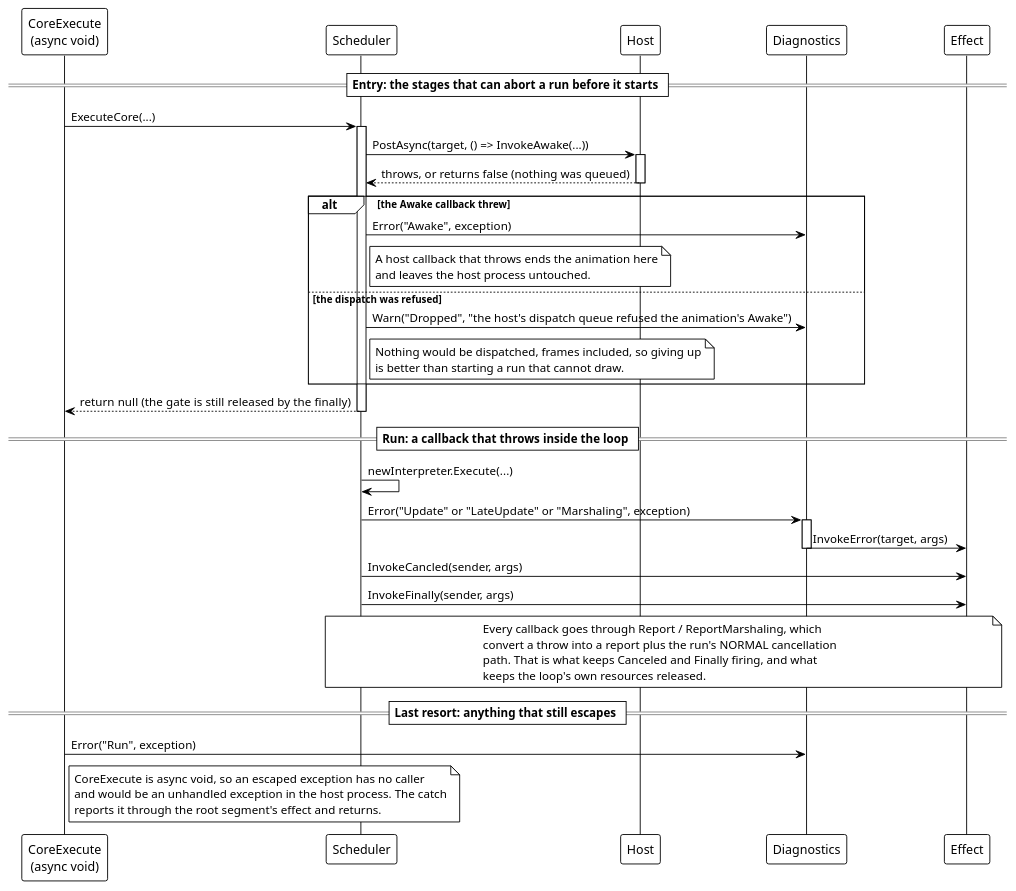
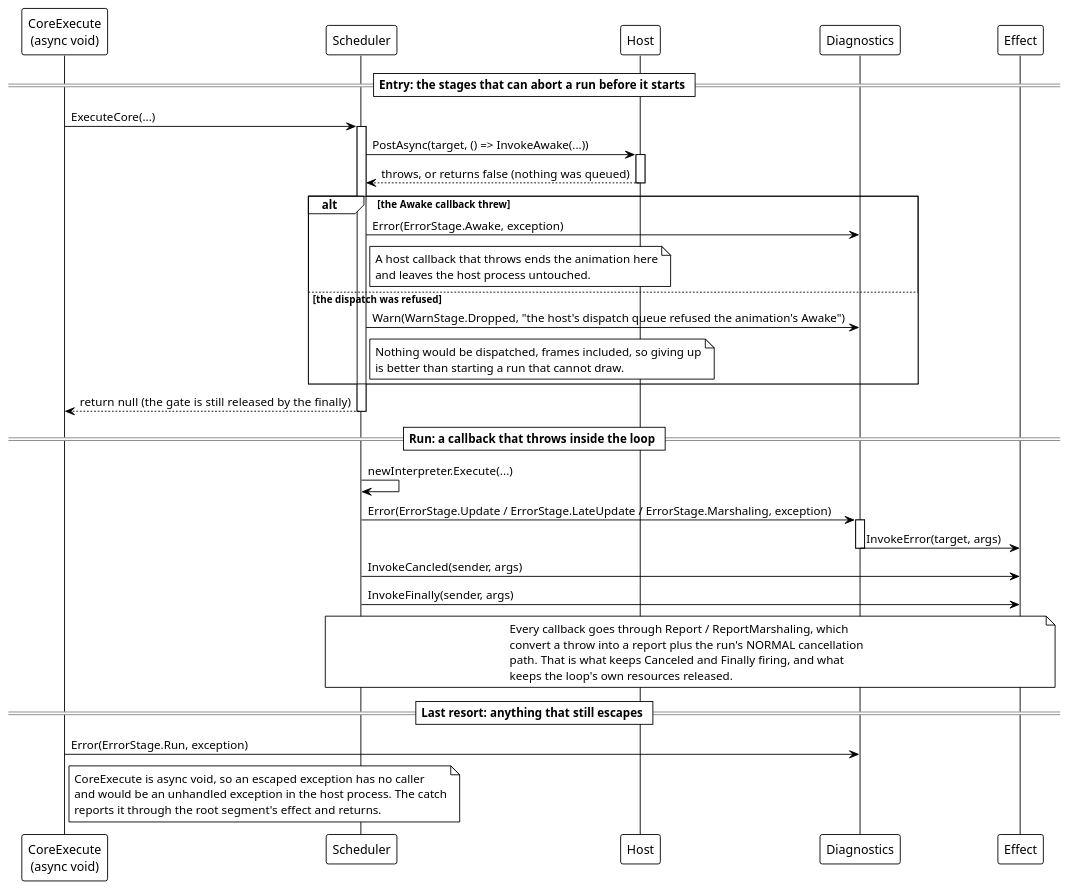
The second of 2 diagrams in src/CloudGlyph/Assets/Docs/content/en/3_SE_Analysis/03_data-flow/03_transition/02_error-path/index.md (Axvser/VeloxDev.Docs), drawn with PlantUML before and after one commit. The commit also changed other lines of this file and 78 other files, not shown here.

````diff
--- a/src/CloudGlyph/Assets/Docs/content/en/3_SE_Analysis/03_data-flow/03_transition/02_error-path/index.md
+++ b/src/CloudGlyph/Assets/Docs/content/en/3_SE_Analysis/03_data-flow/03_transition/02_error-path/index.md
@@ -68,57 +68,57 @@
 ```plantuml
 @startuml
 !theme plain
 
 participant "CoreExecute\n(async void)" as CE
 participant "Scheduler" as Sch
 participant "Host" as H
 participant "Diagnostics" as DG
 participant "Effect" as EF
 
 == Entry: the stages that can abort a run before it starts ==
 CE -> Sch: ExecuteCore(...)
 activate Sch
 Sch -> H: PostAsync(target, () => InvokeAwake(...))
 activate H
 H --> Sch: throws, or returns false (nothing was queued)
 deactivate H
 alt the Awake callback threw
-    Sch -> DG: Error("Awake", exception)
+    Sch -> DG: Error(ErrorStage.Awake, exception)
     note right of Sch
       A host callback that throws ends the animation here
       and leaves the host process untouched.
     end note
 else the dispatch was refused
-    Sch -> DG: Warn("Dropped", "the host's dispatch queue refused the animation's Awake")
+    Sch -> DG: Warn(WarnStage.Dropped, "the host's dispatch queue refused the animation's Awake")
     note right of Sch
       Nothing would be dispatched, frames included, so giving up
       is better than starting a run that cannot draw.
     end note
 end
 Sch --> CE: return null  (the gate is still released by the finally)
 deactivate Sch
 
 == Run: a callback that throws inside the loop ==
 Sch -> Sch: newInterpreter.Execute(...)
-Sch -> DG: Error("Update" or "LateUpdate" or "Marshaling", exception)
+Sch -> DG: Error(ErrorStage.Update / ErrorStage.LateUpdate / ErrorStage.Marshaling, exception)
 activate DG
 DG -> EF: InvokeError(target, args)
 deactivate DG
 Sch -> EF: InvokeCancled(sender, args)
 Sch -> EF: InvokeFinally(sender, args)
 note over Sch, EF
   Every callback goes through Report / ReportMarshaling, which
   convert a throw into a report plus the run's NORMAL cancellation
   path. That is what keeps Canceled and Finally firing, and what
   keeps the loop's own resources released.
 end note
 
 == Last resort: anything that still escapes ==
-CE -> DG: Error("Run", exception)
+CE -> DG: Error(ErrorStage.Run, exception)
 note right of CE
   CoreExecute is async void, so an escaped exception has no caller
   and would be an unhandled exception in the host process. The catch
   reports it through the root segment's effect and returns.
 end note
 @enduml
 ```
````
